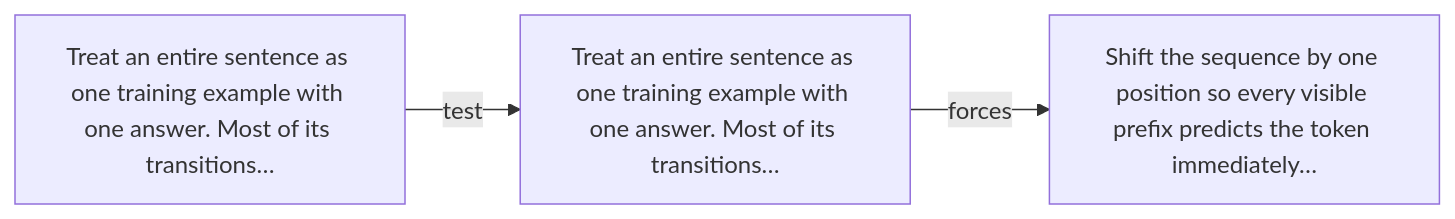
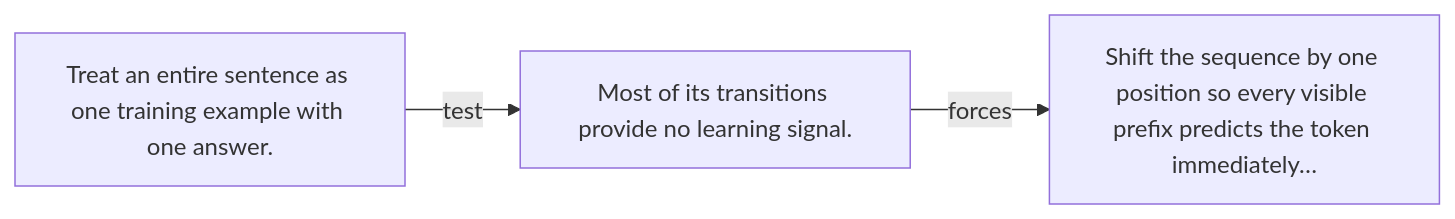
One commit to kleem-labs/AI-Archaeology changed the diagram in excavations/040-next-token-examples/diagram.md. Above: the diagram before and after it, drawn with Mermaid. The commit also changed other lines of this file and 165 other files, not shown here.

````diff
--- a/excavations/040-next-token-examples/diagram.md
+++ b/excavations/040-next-token-examples/diagram.md
@@ -5,5 +5,5 @@
 ```mermaid
 flowchart LR
-    A["Treat an entire sentence as one training example with one answer. Most of its transitions…"] -->|"test"| B["Treat an entire sentence as one training example with one answer. Most of its transitions…"]
+    A["Treat an entire sentence as one training example with one answer."] -->|"test"| B["Most of its transitions provide no learning signal."]
     B -->|"forces"| C["Shift the sequence by one position so every visible prefix predicts the token immediately…"]
 ```
````
